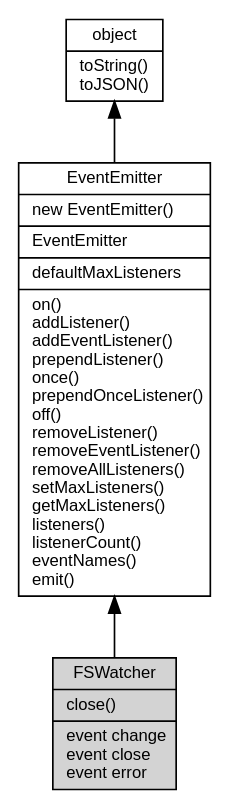
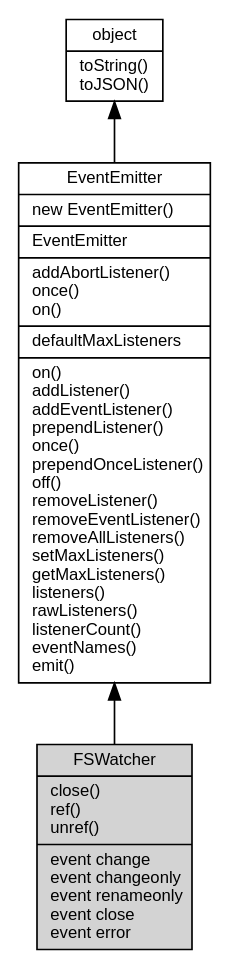
Before and after one commit to fibjs/fibjs.org: the diagram in docs/manual/object/ifs/FSWatcher.md, drawn with Graphviz. The commit also changed other lines of this file and 148 other files, not shown here.

First line of the commit message:
feat: add ZlibCodec documentation and update object graph

````diff
--- a/docs/manual/object/ifs/FSWatcher.md
+++ b/docs/manual/object/ifs/FSWatcher.md
@@ -29,12 +29,12 @@
 ```dot
 digraph {
     node [fontname="Helvetica,sans-Serif", fontsize=10, shape="record", style="filled", fillcolor="white"];
 
     object [tooltip="object", URL="object.md", label="{object|toString()\ltoJSON()\l}"];
-    EventEmitter [tooltip="EventEmitter", URL="EventEmitter.md", label="{EventEmitter|new EventEmitter()\l|EventEmitter\l|defaultMaxListeners\l|on()\laddListener()\laddEventListener()\lprependListener()\lonce()\lprependOnceListener()\loff()\lremoveListener()\lremoveEventListener()\lremoveAllListeners()\lsetMaxListeners()\lgetMaxListeners()\llisteners()\llistenerCount()\leventNames()\lemit()\l}"];
-    FSWatcher [tooltip="FSWatcher", fillcolor="lightgray", id="me", label="{FSWatcher|close()\l|event change\levent close\levent error\l}"];
+    EventEmitter [tooltip="EventEmitter", URL="EventEmitter.md", label="{EventEmitter|new EventEmitter()\l|EventEmitter\l|addAbortListener()\lonce()\lon()\l|defaultMaxListeners\l|on()\laddListener()\laddEventListener()\lprependListener()\lonce()\lprependOnceListener()\loff()\lremoveListener()\lremoveEventListener()\lremoveAllListeners()\lsetMaxListeners()\lgetMaxListeners()\llisteners()\lrawListeners()\llistenerCount()\leventNames()\lemit()\l}"];
+    FSWatcher [tooltip="FSWatcher", fillcolor="lightgray", id="me", label="{FSWatcher|close()\lref()\lunref()\l|event change\levent changeonly\levent renameonly\levent close\levent error\l}"];
 
     object -> EventEmitter [dir=back];
     EventEmitter -> FSWatcher [dir=back];
 }
 ```
````
